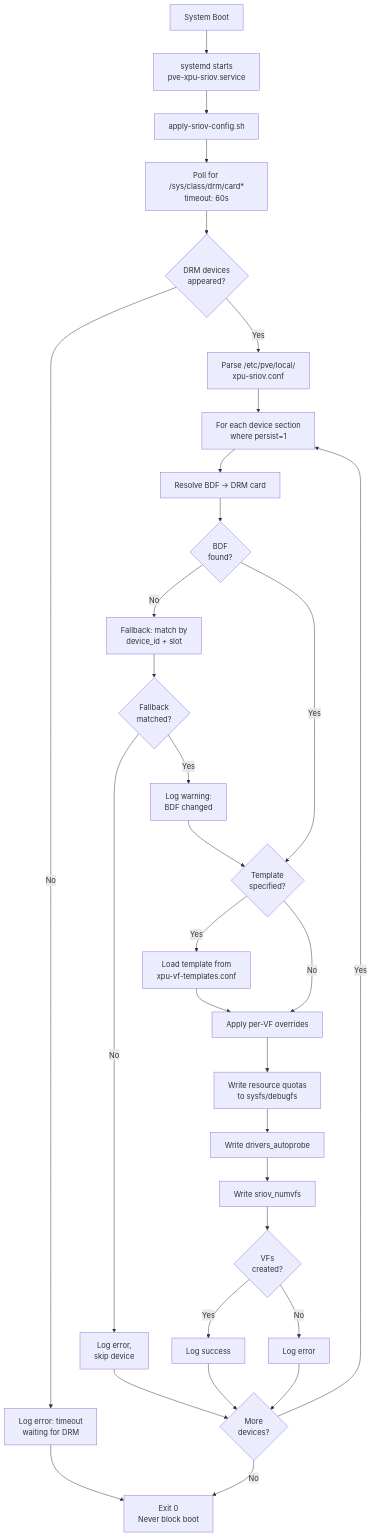
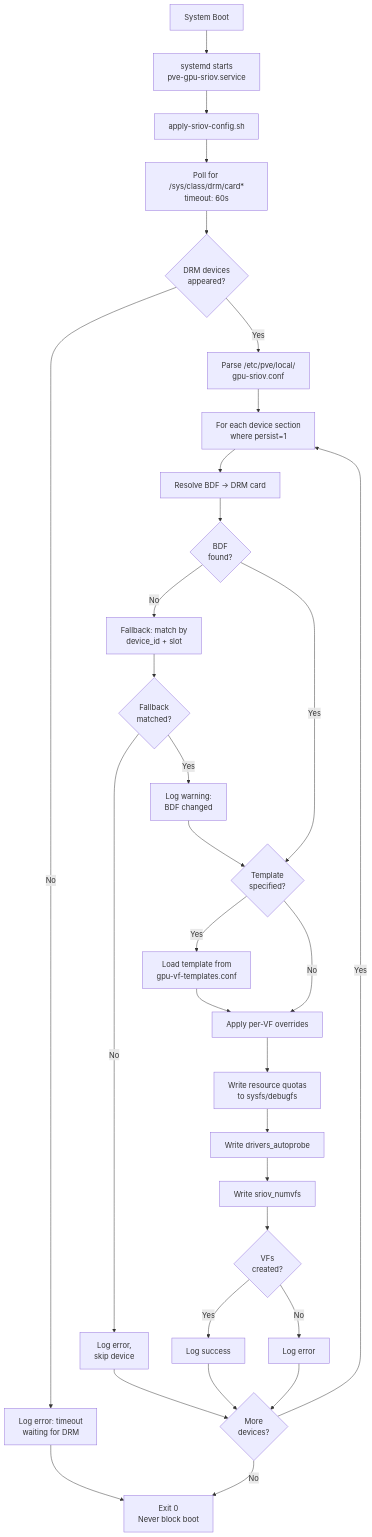
One commit to Azerothian/pmx-gpu-manager changed the fifth of 11 diagrams in docs/designs.md. Above: the diagram before and after it, drawn with Mermaid. The commit also changed other lines of this file and 17 other files, not shown here.

First line of the commit message:
Rename Perl modules and API routes from XPU to GPU

````diff
--- a/docs/designs.md
+++ b/docs/designs.md
@@ -265,33 +265,33 @@
 ```mermaid
 flowchart TD
-    A[System Boot] --> B[systemd starts<br/>pve-xpu-sriov.service]
+    A[System Boot] --> B[systemd starts<br/>pve-gpu-sriov.service]
     B --> C[apply-sriov-config.sh]
     C --> D[Poll for /sys/class/drm/card*<br/>timeout: 60s]
     D --> D1{DRM devices<br/>appeared?}
     D1 -- No --> D2[Log error: timeout<br/>waiting for DRM]
     D2 --> Z[Exit 0<br/>Never block boot]
-    D1 -- Yes --> E[Parse /etc/pve/local/<br/>xpu-sriov.conf]
+    D1 -- Yes --> E[Parse /etc/pve/local/<br/>gpu-sriov.conf]
     E --> F[For each device section<br/>where persist=1]
     F --> G[Resolve BDF → DRM card]
     G --> G1{BDF<br/>found?}
     G1 -- No --> H[Fallback: match by<br/>device_id + slot]
     H --> H1{Fallback<br/>matched?}
     H1 -- No --> I[Log error,<br/>skip device]
     I --> F2{More<br/>devices?}
     H1 -- Yes --> J[Log warning:<br/>BDF changed]
     J --> K
     G1 -- Yes --> K{Template<br/>specified?}
-    K -- Yes --> L[Load template from<br/>xpu-vf-templates.conf]
+    K -- Yes --> L[Load template from<br/>gpu-vf-templates.conf]
     L --> M[Apply per-VF overrides]
     K -- No --> M
     M --> N[Write resource quotas<br/>to sysfs/debugfs]
     N --> O[Write drivers_autoprobe]
     O --> P[Write sriov_numvfs]
     P --> Q{VFs<br/>created?}
     Q -- Yes --> R[Log success]
     Q -- No --> S[Log error]
     R --> F2
     S --> F2
     F2 -- Yes --> F
     F2 -- No --> Z
 ```
````
